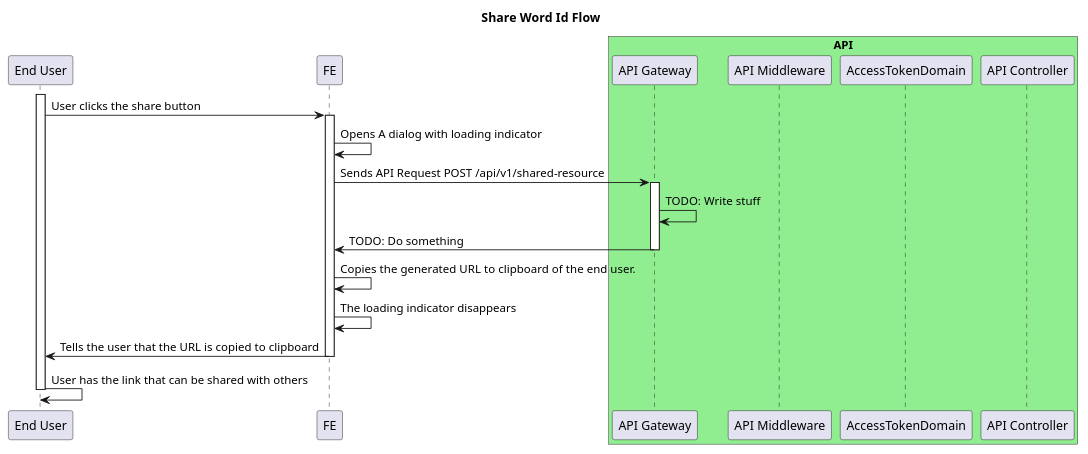
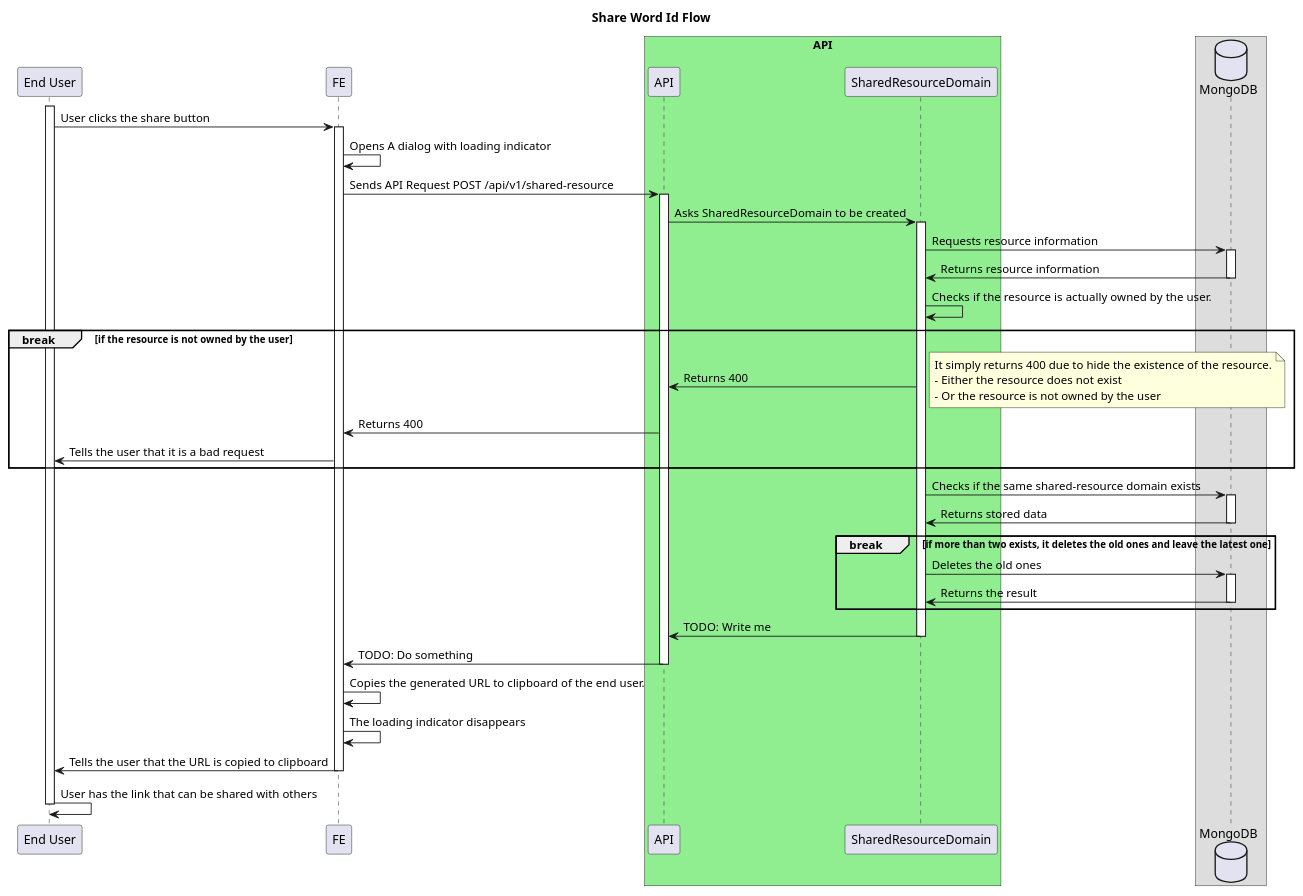
The diagram in share-feature.md (ajktown/docs), drawn with PlantUML before and after one commit.

Commit message:
doc: basic SharedResourceDomain

````diff
--- a/share-feature.md
+++ b/share-feature.md
@@ -19,32 +19,60 @@
 ```plantuml
 
 @startuml
 
 title Share Word Id Flow
 
 participant "End User" as user
 participant "FE" as fe
 box "API" #Lightgreen
-  participant "API Gateway" as api
-  participant "API Middleware" as mdl
-  participant "AccessTokenDomain" as atd
-  participant "API Controller" as ctl
+  participant "API" as api
+  participant "SharedResourceDomain" as domain
 box
+database "MongoDB" as db
+
 activate user
   user -> fe: User clicks the share button
   activate fe
     fe -> fe: Opens A dialog with loading indicator
     fe -> api: Sends API Request POST /api/v1/shared-resource
     activate api
-      api -> api: TODO: Write stuff
+      api -> domain: Asks SharedResourceDomain to be created
+      activate domain
+        domain -> db: Requests resource information
+        activate db
+          domain <- db: Returns resource information
+        deactivate db
+        domain -> domain: Checks if the resource is actually owned by the user.
+        break if the resource is not owned by the user
+          api <- domain: Returns 400
+          note right
+            It simply returns 400 due to hide the existence of the resource.
+            - Either the resource does not exist
+            - Or the resource is not owned by the user
+          end note
+          fe <- api: Returns 400
+          user <- fe: Tells the user that it is a bad request
+        end break
+        domain -> db: Checks if the same shared-resource domain exists
+        activate db
+          domain <- db: Returns stored data
+        deactivate db
+        break if more than two exists, it deletes the old ones and leave the latest one
+          domain -> db: Deletes the old ones
+          activate db
+            domain <- db: Returns the result
+          deactivate db
+        end break
+        api <- domain: TODO: Write me
+      deactivate domain
       fe <- api: TODO: Do something
     deactivate api
   fe -> fe: Copies the generated URL to clipboard of the end user.
   fe -> fe: The loading indicator disappears
   user <- fe: Tells the user that the URL is copied to clipboard
   deactivate fe
   user -> user: User has the link that can be shared with others
 deactivate user
 
 
 ```
````
